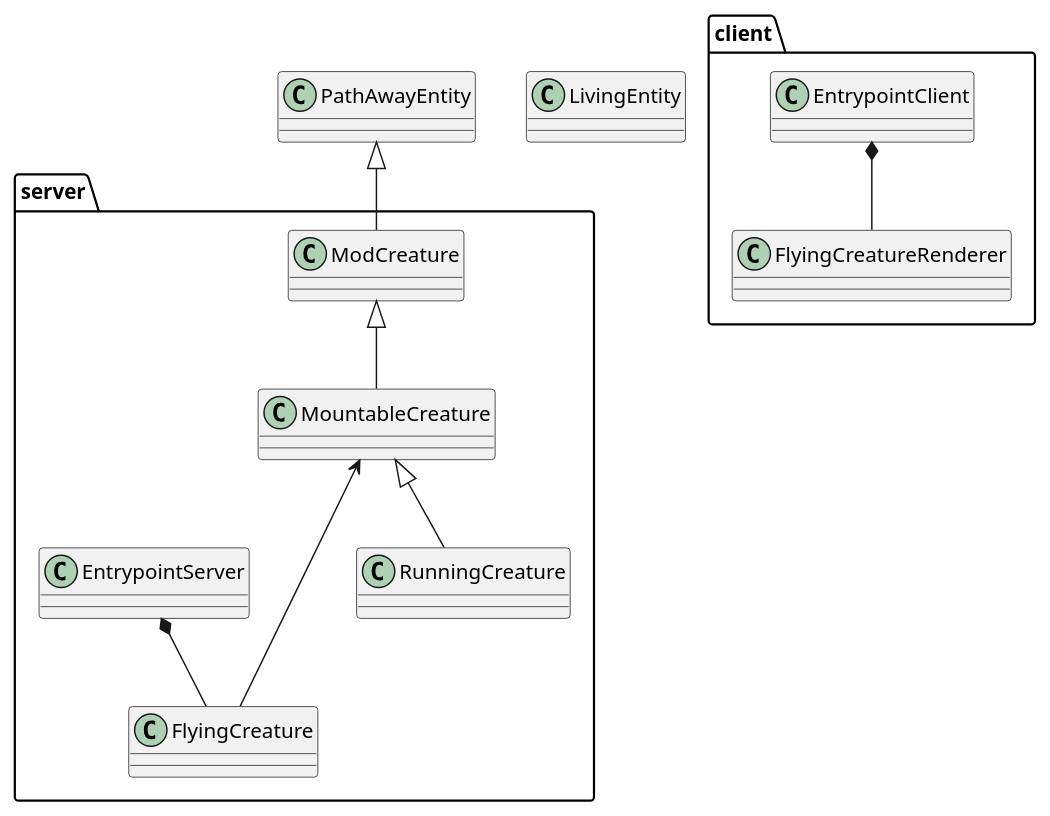
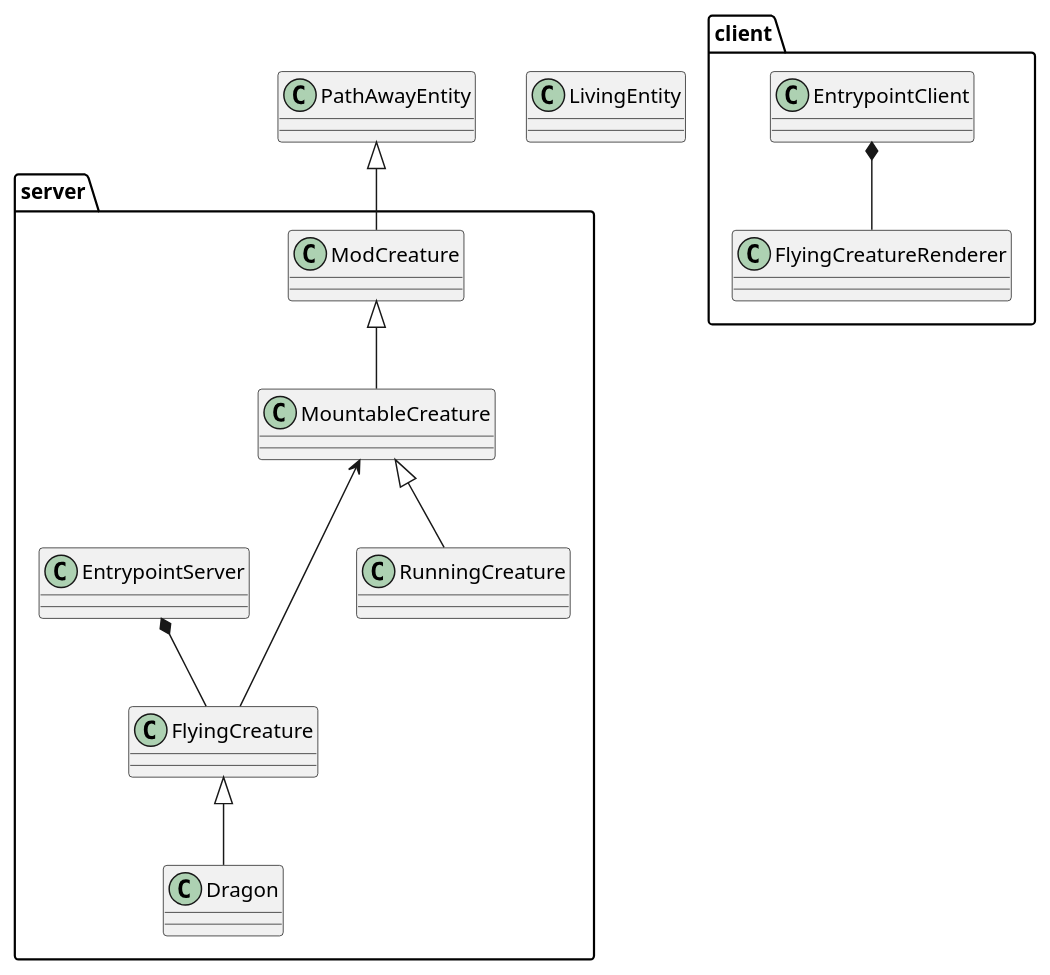
One commit to TheLorenzor/Mythical-Mount-Mod changed the diagram in docs/class_diagramm.puml. Above: the diagram before and after it, drawn with PlantUML.

Commit message:
more stuff

```diff
--- a/docs/class_diagramm.puml
+++ b/docs/class_diagramm.puml
@@ -1,25 +1,27 @@
 @startuml
 
 class PathAwayEntity
 class LivingEntity
 
 package client {
     class FlyingCreatureRenderer
     class EntrypointClient
 }
 
 package server {
     class ModCreature
     class MountableCreature
     class FlyingCreature 
     class RunningCreature
-    class EntrypointServer 
+    class EntrypointServer
+    class Dragon
 }
 
 MountableCreature <--- FlyingCreature
 ModCreature <|-- MountableCreature
 MountableCreature <|-- RunningCreature
 PathAwayEntity <|-- ModCreature
 EntrypointServer *-- FlyingCreature
 EntrypointClient *-- FlyingCreatureRenderer
+FlyingCreature <|-- Dragon
 @enduml
```
